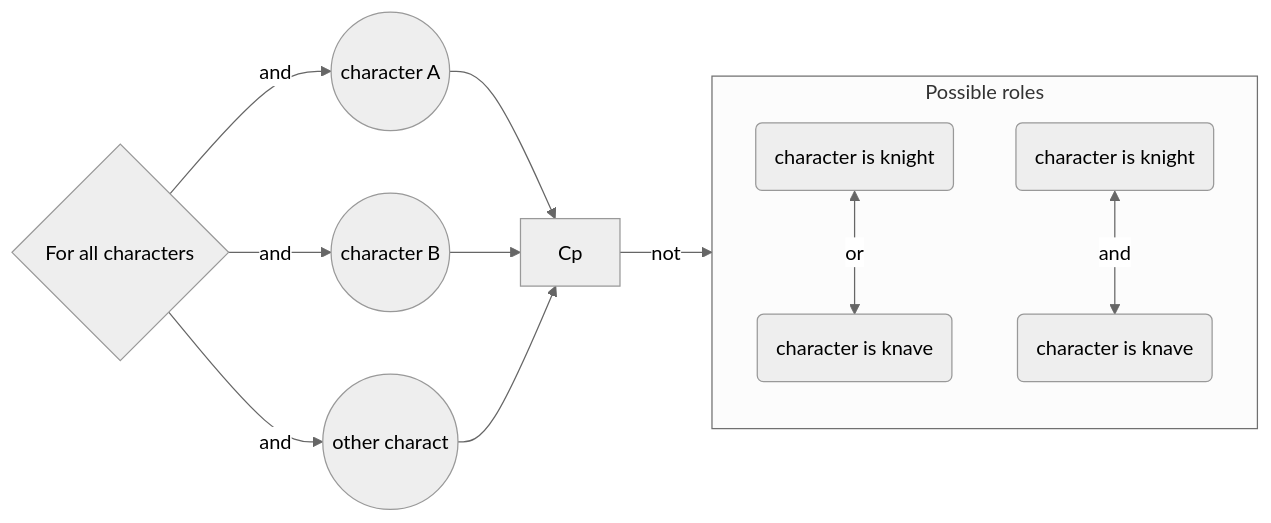
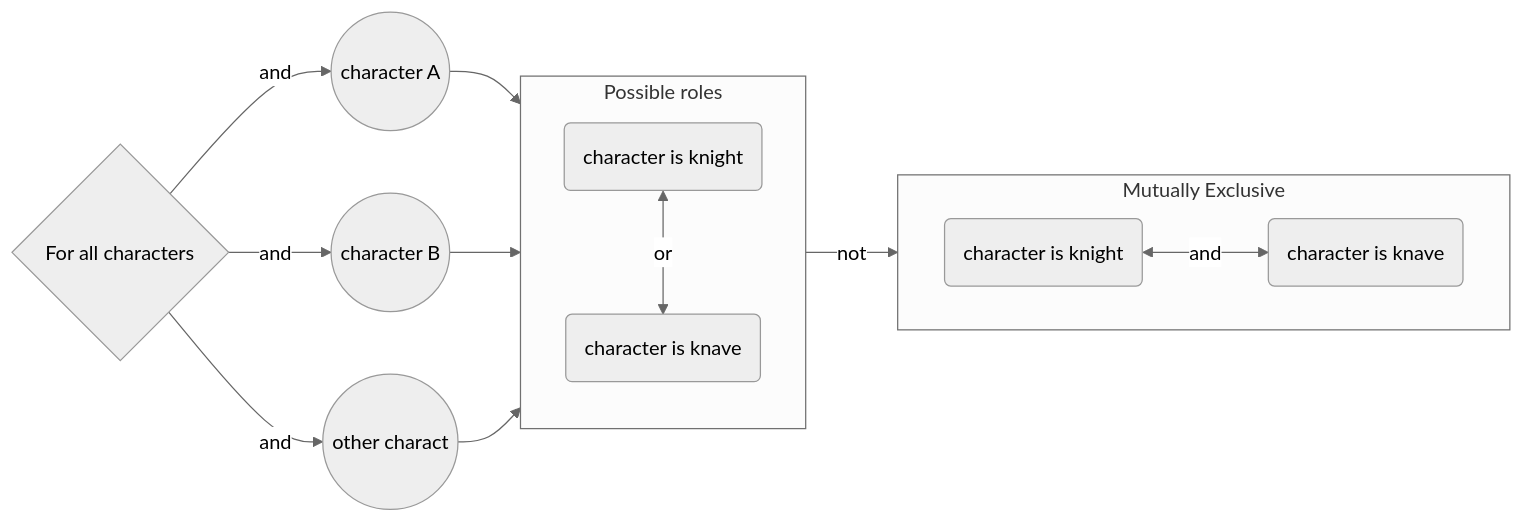
The first of 7 diagrams in week1/README.md (zihanshen0112-collab/CS50AI), drawn with Mermaid (neutral theme) before and after one commit.

Commit message:
solving the issue of graphs not display

````diff
--- a/week1/README.md
+++ b/week1/README.md
@@ -79,19 +79,19 @@
 ```mermaid
 graph LR
 A{For all characters} -- and --> B((character A))
 A -- and --> C((character B))
 A -- and --> D((other charact))
-    subgraph Bgl[Possible roles]
+    subgraph Cp[Possible roles]
         direction TD
         E(character is knight) <-->|or| F(character is knave)
     end 
 B --> Cp
 C --> Cp
 D --> Cp
         
     subgraph Bgl[Mutually Exclusive]
         direction LR
         G(character is knight) <-->|and| H(character is knave)
     end
 Cp -- not --> Bgl
 ```
````
